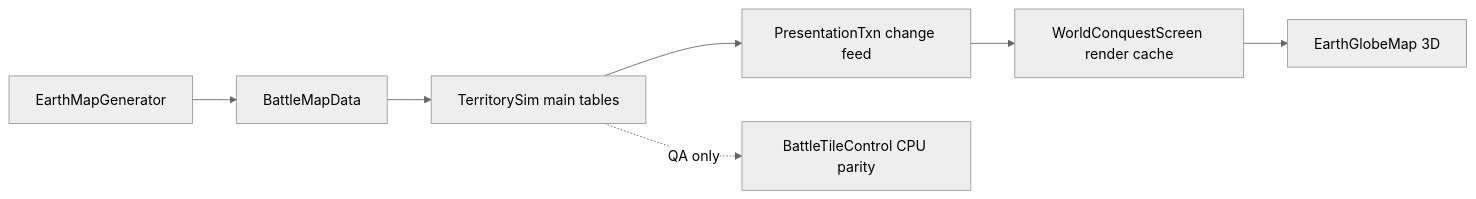
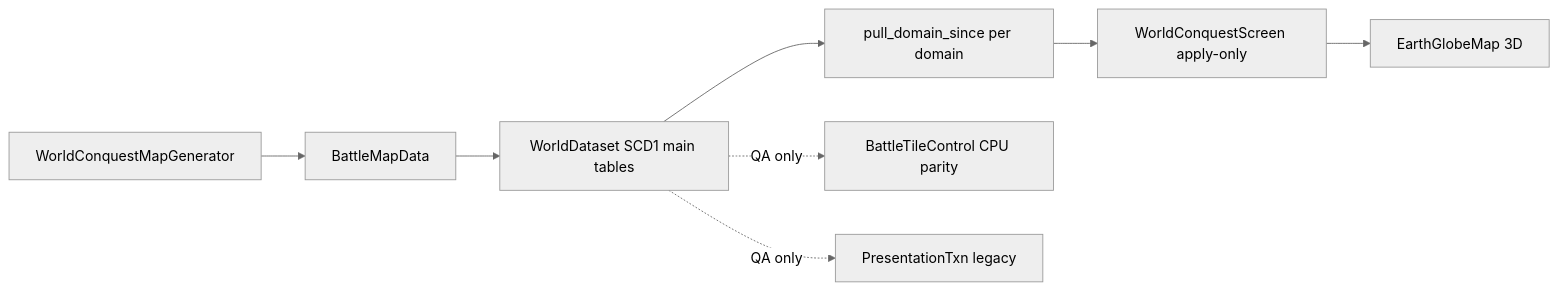
Before and after one commit to WaaaghStack/Empires-of-Yesterday: the diagram in DESIGN.md, drawn with Mermaid (neutral theme). The commit also changed other lines of this file and 83 other files, not shown here.

First line of the commit message:
Ship SCD1 versioned domain pulls, living-set unit visuals, and pixel billboard art.

````diff
--- a/DESIGN.md
+++ b/DESIGN.md
@@ -88,9 +116,10 @@
 ```mermaid
 flowchart LR
-  Gen[EarthMapGenerator] --> MapData[BattleMapData]
-  MapData --> Rust[TerritorySim main tables]
-  Rust --> Txn[PresentationTxn change feed]
-  Txn --> Screen[WorldConquestScreen render cache]
+  Gen[WorldConquestMapGenerator] --> MapData[BattleMapData]
+  MapData --> Rust[WorldDataset SCD1 main tables]
+  Rust --> Pull[pull_domain_since per domain]
+  Pull --> Screen[WorldConquestScreen apply-only]
   Screen --> Globe[EarthGlobeMap 3D]
   Rust -.QA only.-> TC[BattleTileControl CPU parity]
+  Rust -.QA only.-> Txn[PresentationTxn legacy]
 ```
````
